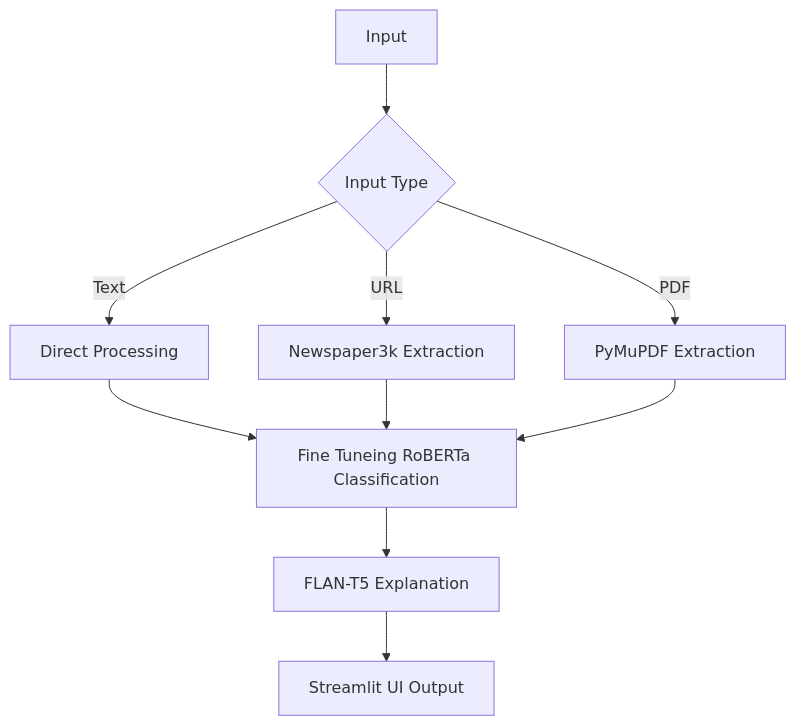
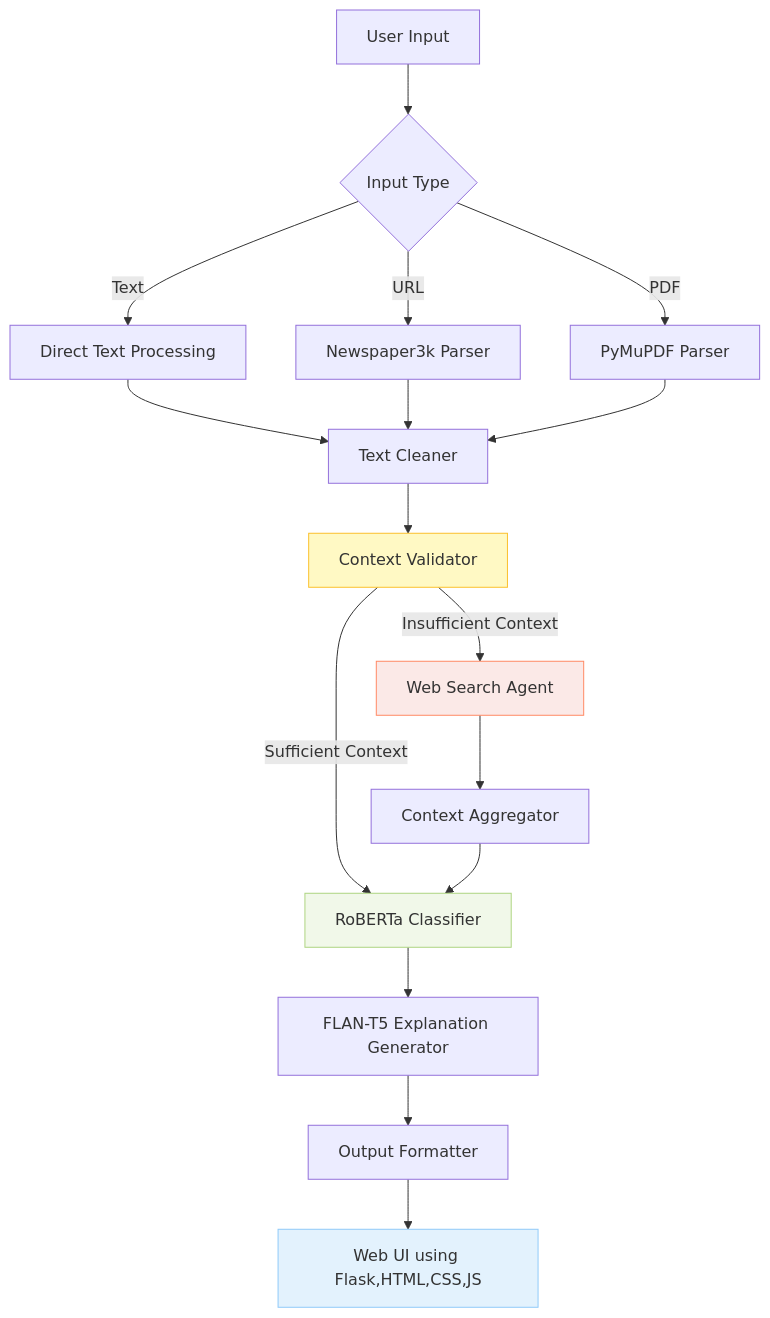
The diagram in README.md (Md-Emon-Hasan/InformaTruth), drawn with Mermaid before and after one commit. The commit also changed other lines of this file and 50 other files, not shown here.

````diff
--- a/README.md
+++ b/README.md
@@ -85,10 +162,28 @@
 ```mermaid
 graph TD
-    A[Input] --> B{Input Type}
-    B -->|Text| C[Direct Processing]
-    B -->|URL| D[Newspaper3k Extraction]
-    B -->|PDF| E[PyMuPDF Extraction]
-    C & D & E --> F[Fine Tuneing RoBERTa Classification]
-    F --> G[FLAN-T5 Explanation]
-    G --> H[Streamlit UI Output]
+    A[User Input] --> B{Input Type}
+    B -->|Text| C[Direct Text Processing]
+    B -->|URL| D[Newspaper3k Parser]
+    B -->|PDF| E[PyMuPDF Parser]
+
+    C --> F[Text Cleaner]
+    D --> F
+    E --> F
+
+    F --> G[Context Validator]
+    G -->|Sufficient Context| H[RoBERTa Classifier]
+    G -->|Insufficient Context| I[Web Search Agent]
+    
+    I --> J[Context Aggregator]
+    J --> H
+
+    H --> K[FLAN-T5 Explanation Generator]
+    K --> L[Output Formatter]
+    
+    L --> M[Web UI using Flask,HTML,CSS,JS]
+
+    style M fill:#e3f2fd,stroke:#90caf9
+    style G fill:#fff9c4,stroke:#fbc02d
+    style I fill:#fbe9e7,stroke:#ff8a65
+    style H fill:#f1f8e9,stroke:#aed581
 ```
````
